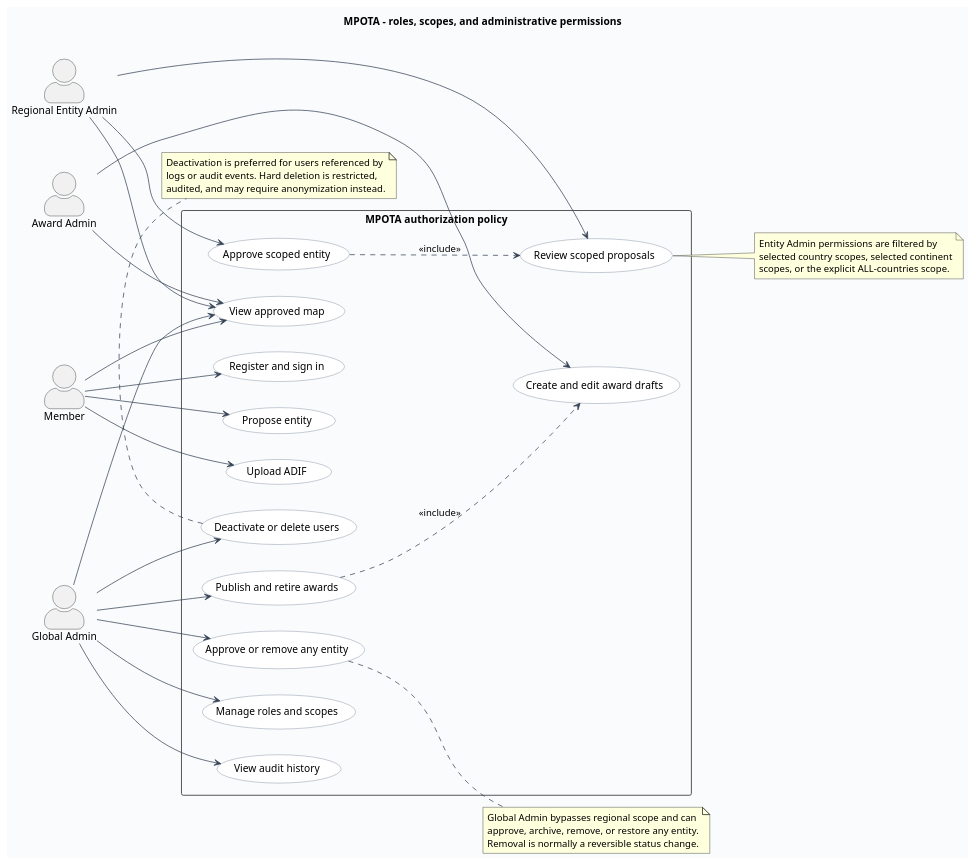
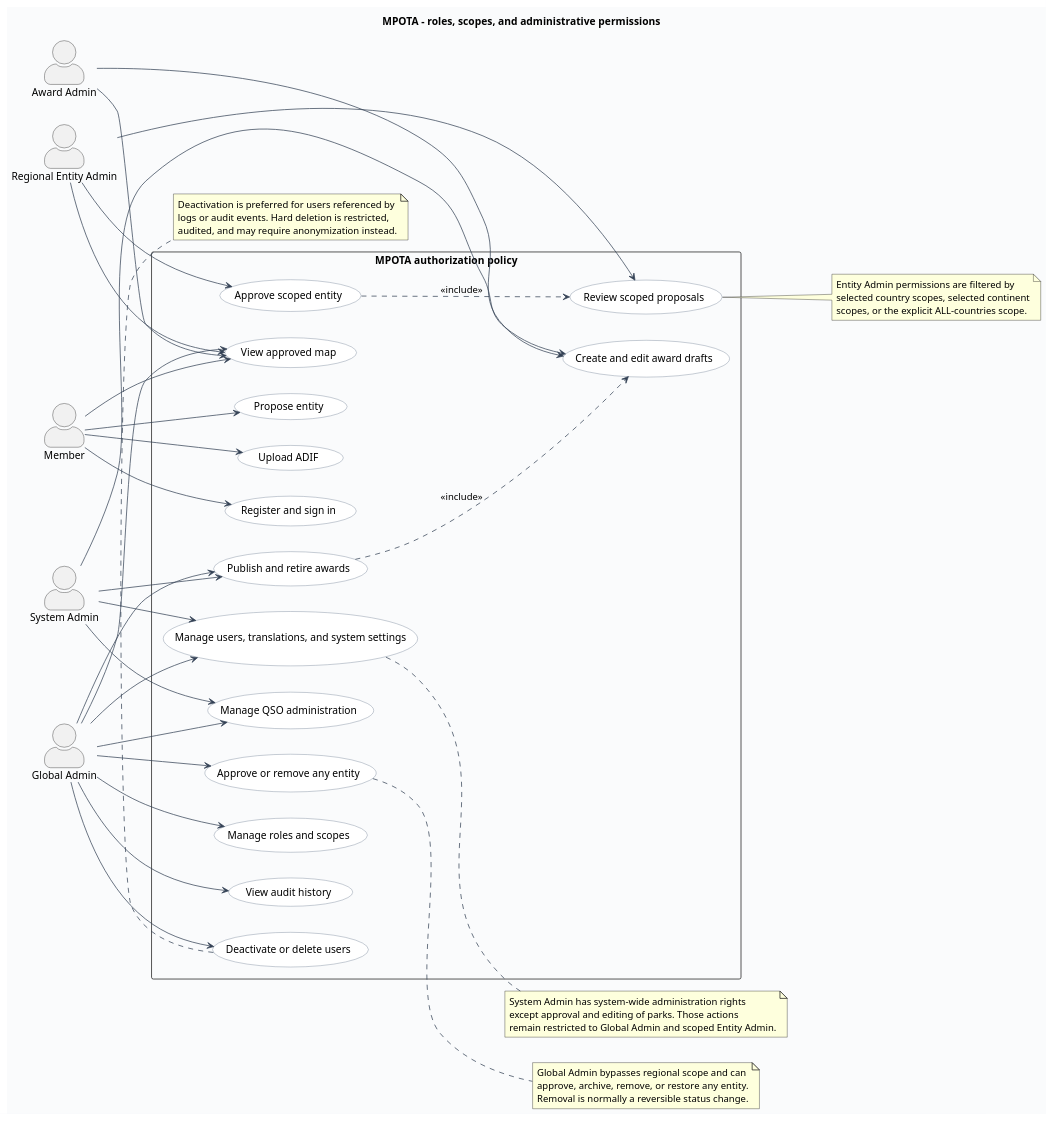
Before and after one commit to ea7klk/mpota: the diagram in docs/architecture/mpota-rbac.puml, drawn with PlantUML. The commit also changed 26 other files, not shown here.

First line of the commit message:
feat: add database-backed system administration

```diff
--- a/docs/architecture/mpota-rbac.puml
+++ b/docs/architecture/mpota-rbac.puml
@@ -1,74 +1,90 @@
 @startuml MPOTA_RBAC
 title MPOTA - roles, scopes, and administrative permissions
 
 left to right direction
 skinparam shadowing false
 skinparam backgroundColor #FAFBFC
 skinparam packageStyle rectangle
 skinparam actorStyle awesome
 skinparam usecase {
   BackgroundColor #FFFFFF
   BorderColor #64748B
   ArrowColor #334155
 }
 
 actor "Member" as member
 actor "Regional Entity Admin" as entity_admin
 actor "Award Admin" as award_admin
 actor "Global Admin" as global_admin
+actor "System Admin" as system_admin
 
 rectangle "MPOTA authorization policy" {
   usecase "Register and sign in" as uc_register
   usecase "Propose entity" as uc_propose
   usecase "Upload ADIF" as uc_upload
   usecase "View approved map" as uc_map
   usecase "Review scoped proposals" as uc_review
   usecase "Approve scoped entity" as uc_approve_scoped
   usecase "Create and edit award drafts" as uc_award_draft
   usecase "Publish and retire awards" as uc_award_publish
   usecase "Approve or remove any entity" as uc_global_entity
   usecase "Manage roles and scopes" as uc_roles
   usecase "Deactivate or delete users" as uc_users
   usecase "View audit history" as uc_audit
+  usecase "Manage QSO administration" as uc_qso_admin
+  usecase "Manage users, translations, and system settings" as uc_system_admin
 }
 
 member --> uc_register
 member --> uc_propose
 member --> uc_upload
 member --> uc_map
 
 entity_admin --> uc_review
 entity_admin --> uc_approve_scoped
 entity_admin --> uc_map
 
 award_admin --> uc_award_draft
 award_admin --> uc_map
 
 global_admin --> uc_award_publish
 global_admin --> uc_global_entity
 global_admin --> uc_roles
 global_admin --> uc_users
 global_admin --> uc_audit
 global_admin --> uc_map
+global_admin --> uc_qso_admin
+global_admin --> uc_system_admin
+
+system_admin --> uc_qso_admin
+system_admin --> uc_system_admin
+system_admin --> uc_award_draft
+system_admin --> uc_award_publish
 
 uc_approve_scoped ..> uc_review : <<include>>
 uc_award_publish ..> uc_award_draft : <<include>>
 
 note right of uc_review
   Entity Admin permissions are filtered by
   selected country scopes, selected continent
   scopes, or the explicit ALL-countries scope.
 end note
 
 note right of uc_global_entity
   Global Admin bypasses regional scope and can
   approve, archive, remove, or restore any entity.
   Removal is normally a reversible status change.
 end note
 
+note right of uc_system_admin
+  System Admin has system-wide administration rights
+  except approval and editing of parks. Those actions
+  remain restricted to Global Admin and scoped Entity Admin.
+end note
+
 note bottom of uc_users
   Deactivation is preferred for users referenced by
   logs or audit events. Hard deletion is restricted,
   audited, and may require anonymization instead.
 end note
 @enduml
```
